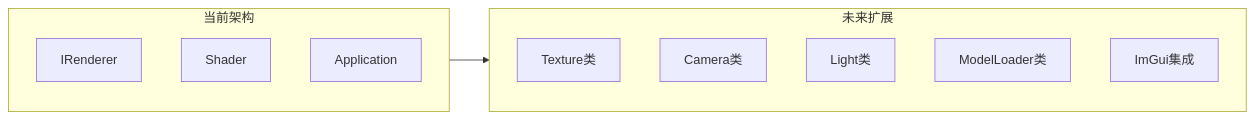
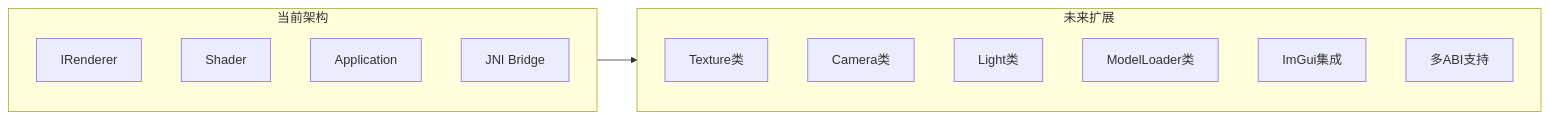
One commit to banned104/OpenGL_Framework changed diagram 14 of 14 in docs/PROJECT_STRUCTURE.md. Above: the diagram before and after it, drawn with Mermaid. The commit also changed other lines of this file and 1 other file, not shown here.

````diff
--- a/docs/PROJECT_STRUCTURE.md
+++ b/docs/PROJECT_STRUCTURE.md
@@ -578,18 +847,20 @@
 ```mermaid
 graph LR
     subgraph Future["未来扩展"]
         TEX[Texture类]
         CAM[Camera类]
         LIGHT[Light类]
         MODEL[ModelLoader类]
         UI[ImGui集成]
+        ABI[多ABI支持]
     end
     
     subgraph Current["当前架构"]
         IR[IRenderer]
         SH[Shader]
         APP[Application]
+        JNI[JNI Bridge]
     end
     
     Current --> Future
 ```
````
